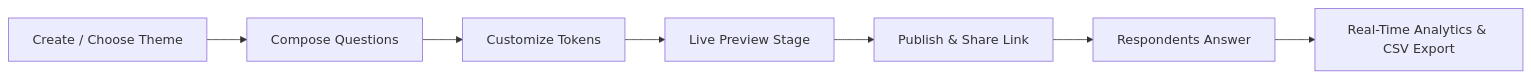
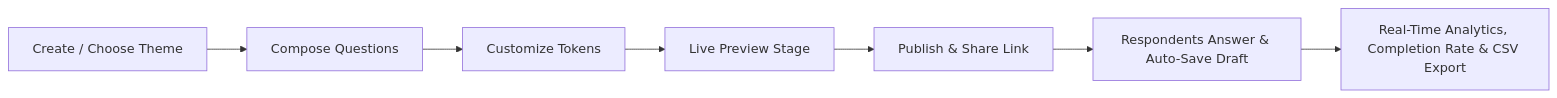
The first of 3 diagrams in README.md (kriti768/nomi), drawn with Mermaid before and after one commit. The commit also changed other lines of this file, not shown here.

Commit message:
Update README with live Vercel URL, CSV export, completion rates, and architecture overview

````diff
--- a/README.md
+++ b/README.md
@@ -70,9 +76,9 @@
 ```mermaid
 flowchart LR
     A[Create / Choose Theme] --> B[Compose Questions]
     B --> C[Customize Tokens]
     C --> D[Live Preview Stage]
     D --> E[Publish & Share Link]
-    E --> F[Respondents Answer]
-    F --> G[Real-Time Analytics & CSV Export]
+    E --> F[Respondents Answer & Auto-Save Draft]
+    F --> G[Real-Time Analytics, Completion Rate & CSV Export]
 ```
````
